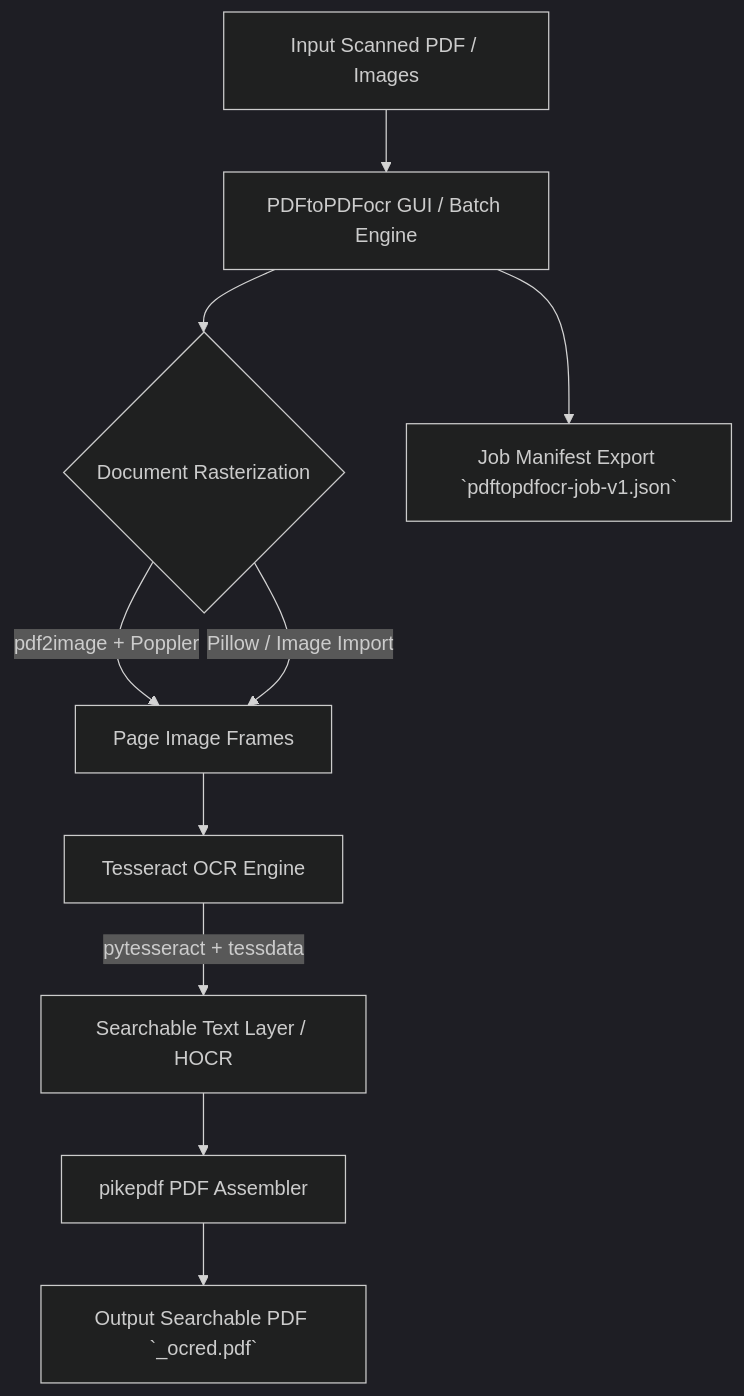
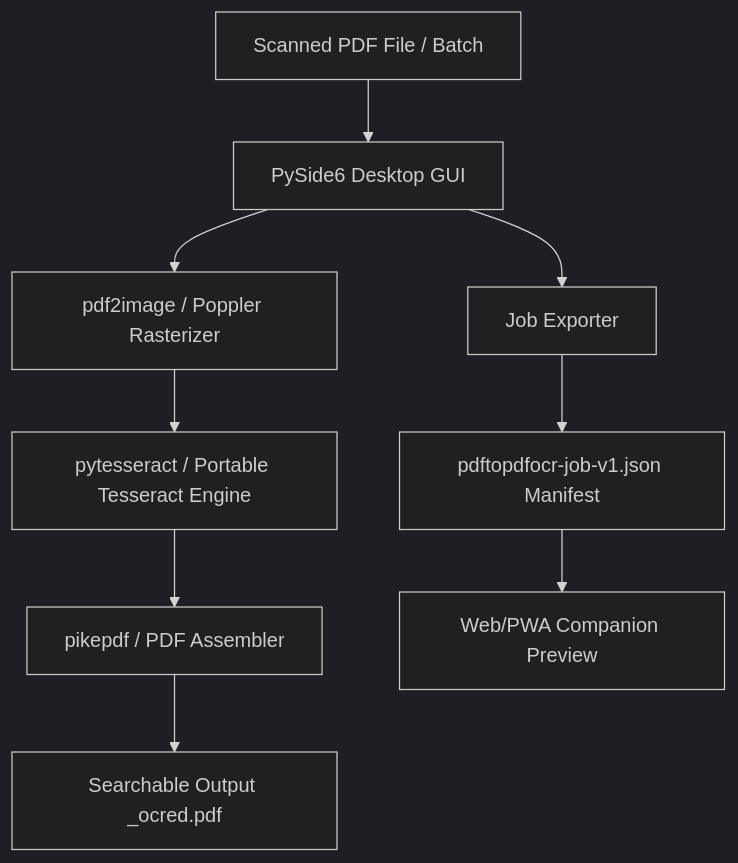
Before and after one commit to doc-bricks/PDFtoPDFocr: the diagram in README.md, drawn with Mermaid (dark theme). The commit also changed other lines of this file and 4 other files, not shown here.

Commit message:
docs(marketing): Discoverability & Marketing Audit (Pfad B) - Shields.io badges, GFM callouts, PEP 621 pyproject.toml, Mermaid diagram, llms.txt & CHANGELOG [2026-07-27]

````diff
--- a/README.md
+++ b/README.md
@@ -21,12 +26,11 @@
 ```mermaid
-flowchart TD
-    A[Input Scanned PDF / Images] --> B[PDFtoPDFocr GUI / Batch Engine]
-    B --> C{Document Rasterization}
-    C -->|pdf2image + Poppler| D[Page Image Frames]
-    C -->|Pillow / Image Import| D
-    D --> E[Tesseract OCR Engine]
-    E -->|pytesseract + tessdata| F[Searchable Text Layer / HOCR]
-    F --> G[pikepdf PDF Assembler]
-    G --> H[Output Searchable PDF `_ocred.pdf`]
-    B --> I[Job Manifest Export `pdftopdfocr-job-v1.json`]
+graph TD
+    A[Scanned PDF File / Batch] --> B[PySide6 Desktop GUI]
+    B --> C[pdf2image / Poppler Rasterizer]
+    C --> D[pytesseract / Portable Tesseract Engine]
+    D --> E[pikepdf / PDF Assembler]
+    E --> F[Searchable Output _ocred.pdf]
+    B --> G[Job Exporter]
+    G --> H[pdftopdfocr-job-v1.json Manifest]
+    H --> I[Web/PWA Companion Preview]
 ```
````
